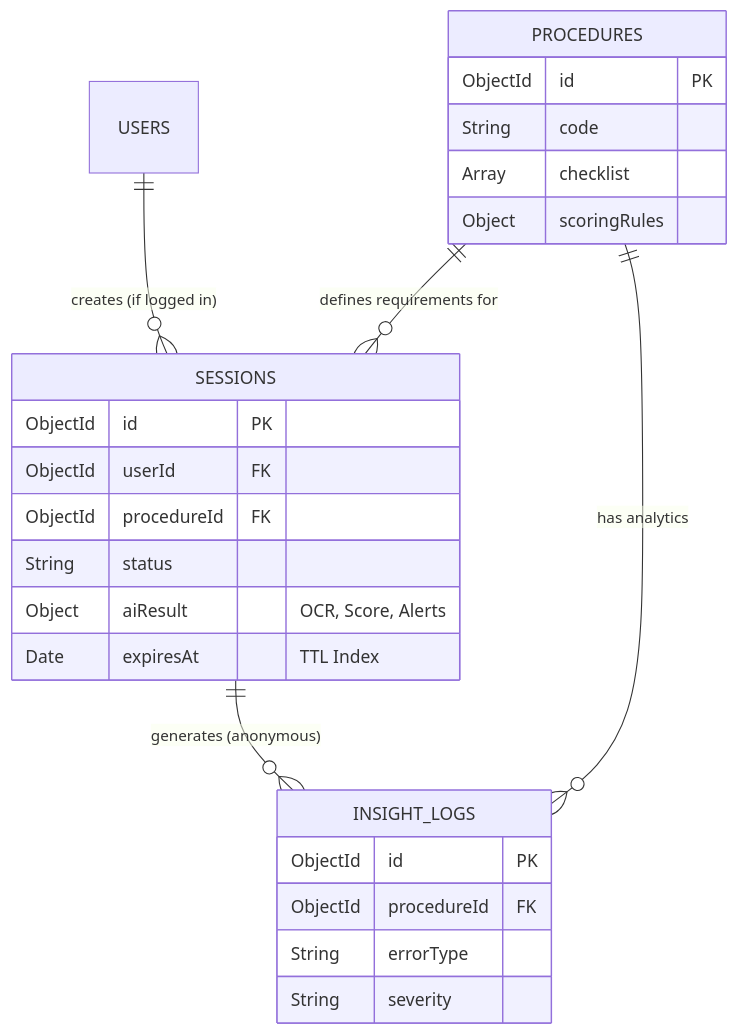
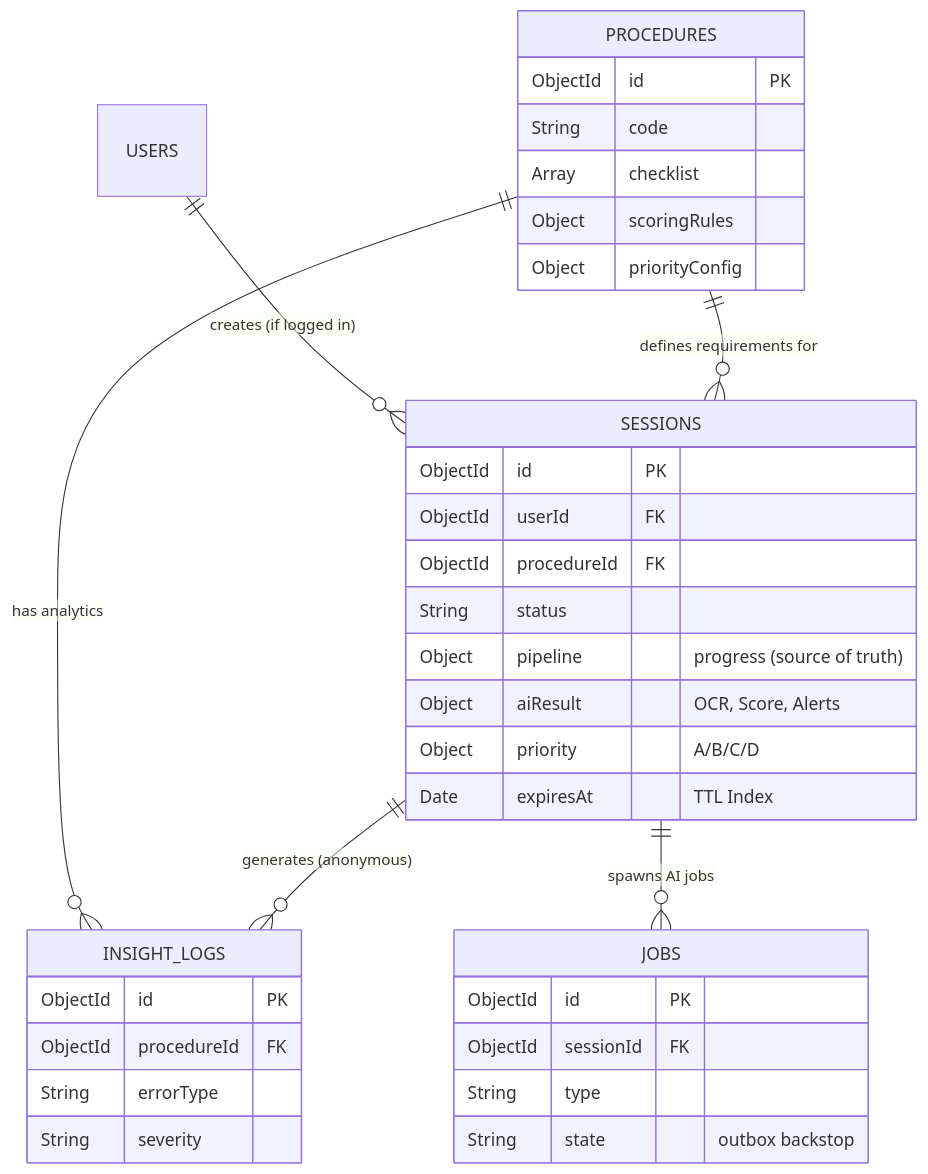
The diagram in docs/DATABASE_DESIGN.md (MPhuSE/GovTrust-AI), drawn with Mermaid before and after one commit. The commit also changed other lines of this file and 2 other files, not shown here.

````diff
--- a/docs/DATABASE_DESIGN.md
+++ b/docs/DATABASE_DESIGN.md
@@ -238,30 +358,38 @@
 ```mermaid
 erDiagram
     USERS ||--o{ SESSIONS : "creates (if logged in)"
     PROCEDURES ||--o{ SESSIONS : "defines requirements for"
     PROCEDURES ||--o{ INSIGHT_LOGS : "has analytics"
     SESSIONS ||--o{ INSIGHT_LOGS : "generates (anonymous)"
-    
+    SESSIONS ||--o{ JOBS : "spawns AI jobs"
+
     SESSIONS {
         ObjectId id PK
         ObjectId userId FK
         ObjectId procedureId FK
         String status
+        Object pipeline "progress (source of truth)"
         Object aiResult "OCR, Score, Alerts"
+        Object priority "A/B/C/D"
         Date expiresAt "TTL Index"
     }
-    
     PROCEDURES {
         ObjectId id PK
         String code
         Array checklist
         Object scoringRules
+        Object priorityConfig
     }
-    
+    JOBS {
+        ObjectId id PK
+        ObjectId sessionId FK
+        String type
+        String state "outbox backstop"
+    }
     INSIGHT_LOGS {
         ObjectId id PK
         ObjectId procedureId FK
         String errorType
         String severity
     }
 ```
````
